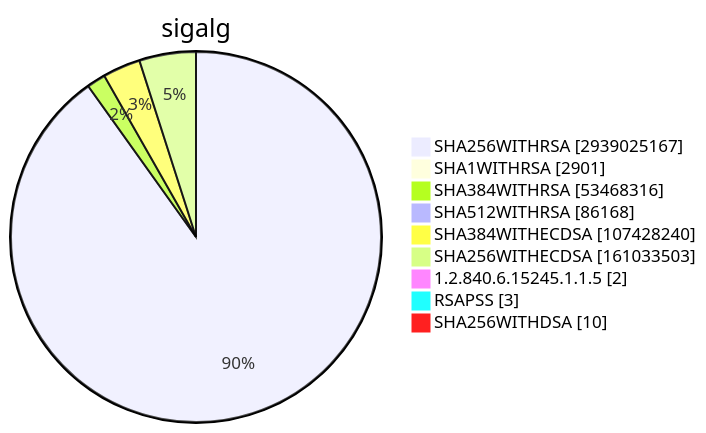
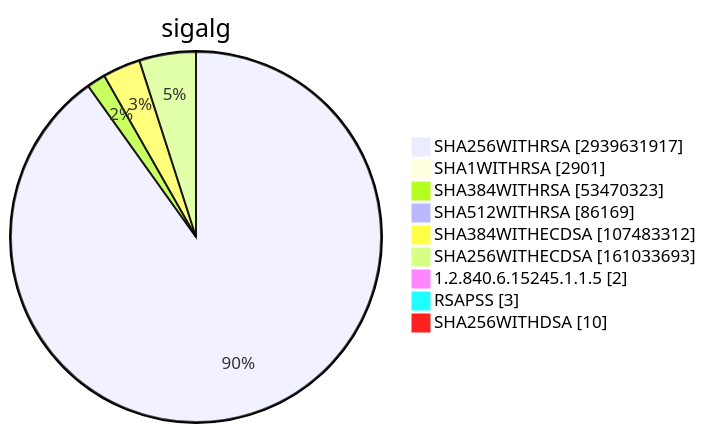
One commit to christiankrug/ctmonitor_visualization changed diagram 15 of 15 in TOTAL/README.md. Above: the diagram before and after it, drawn with Mermaid. The commit also changed other lines of this file, not shown here.

````diff
--- a/TOTAL/README.md
+++ b/TOTAL/README.md
@@ -6207,13 +6207,13 @@
 ```mermaid
 pie showData
 title sigalg
-"SHA256WITHRSA" :2939025167
+"SHA256WITHRSA" :2939631917
 "SHA1WITHRSA" :2901
-"SHA384WITHRSA" :53468316
-"SHA512WITHRSA" :86168
-"SHA384WITHECDSA" :107428240
-"SHA256WITHECDSA" :161033503
+"SHA384WITHRSA" :53470323
+"SHA512WITHRSA" :86169
+"SHA384WITHECDSA" :107483312
+"SHA256WITHECDSA" :161033693
 "1.2.840.6.15245.1.1.5" :2
 "RSAPSS" :3
 "SHA256WITHDSA" :10
 ```
````
